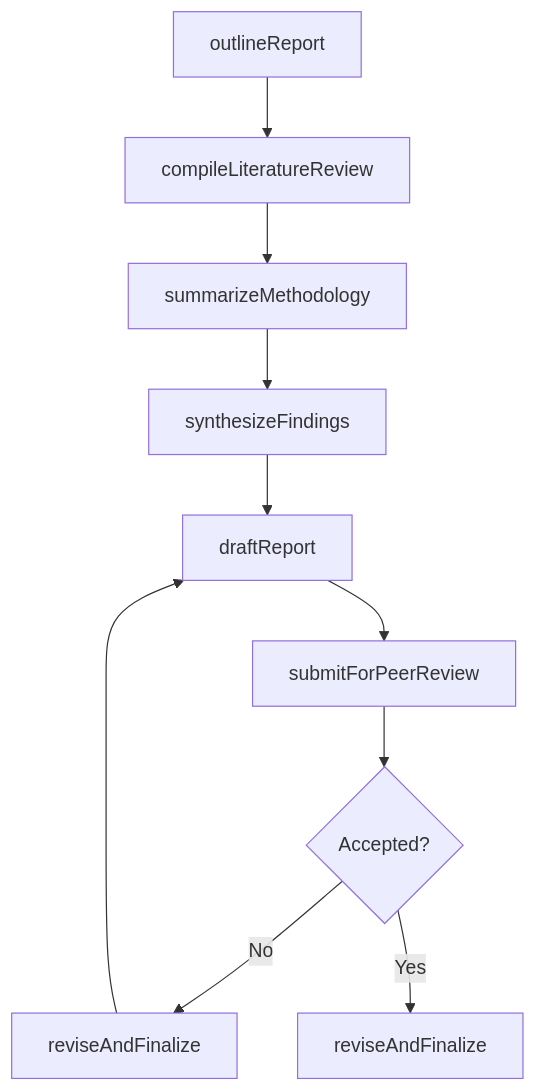
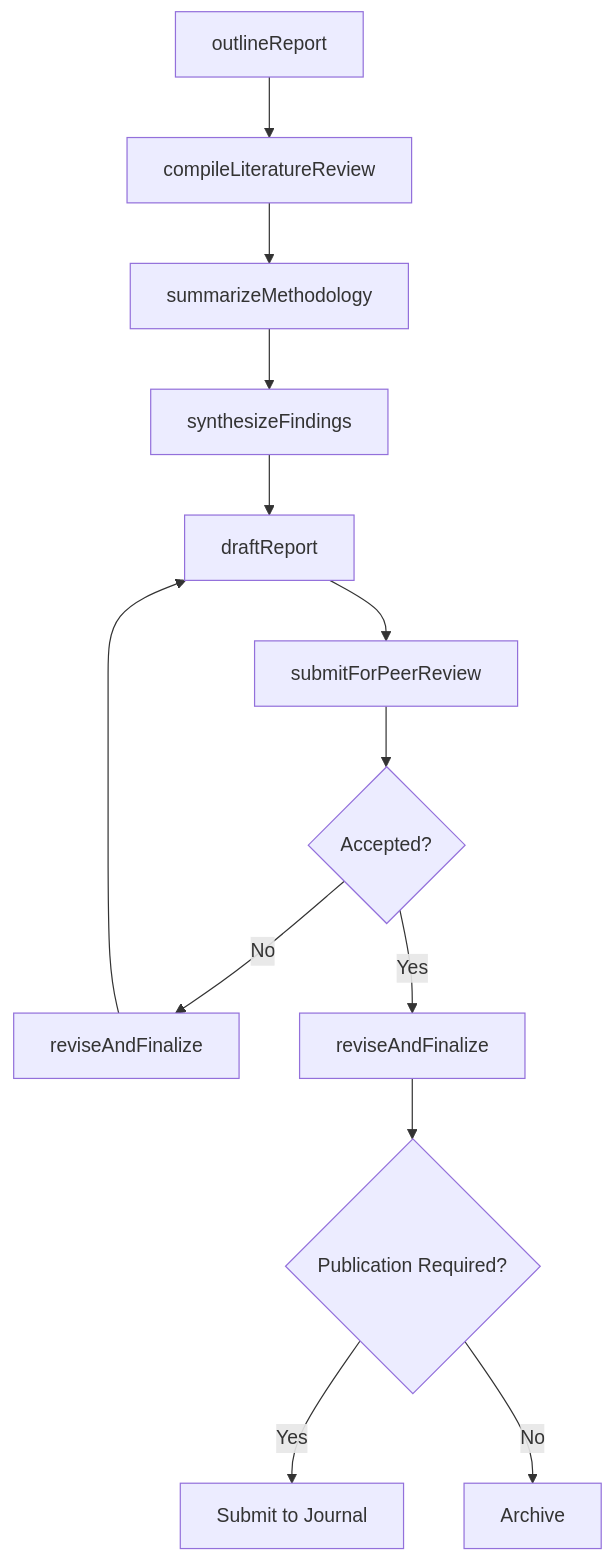
Before and after one commit to dot-org-ai/tasks.org.ai: the third of 4 diagrams in DocumentingRecordingInformation/PresentResearchOrTechnicalInformation/PrepareResearchReports.mdx, drawn with Mermaid. The commit also changed other lines of this file and 959 other files, not shown here.

````diff
--- a/DocumentingRecordingInformation/PresentResearchOrTechnicalInformation/PrepareResearchReports.mdx
+++ b/DocumentingRecordingInformation/PresentResearchOrTechnicalInformation/PrepareResearchReports.mdx
@@ -86,12 +114,15 @@
 ```mermaid
 graph TD
     A[outlineReport] --> B[compileLiteratureReview]
     B --> C[summarizeMethodology]
     C --> D[synthesizeFindings]
     D --> E[draftReport]
     E --> F[submitForPeerReview]
     F --> G{Accepted?}
     G -->|No| H[reviseAndFinalize]
     H --> E
     G -->|Yes| I[reviseAndFinalize]
+    I --> J{Publication Required?}
+    J -->|Yes| K[Submit to Journal]
+    J -->|No| L[Archive]
 ```
````
